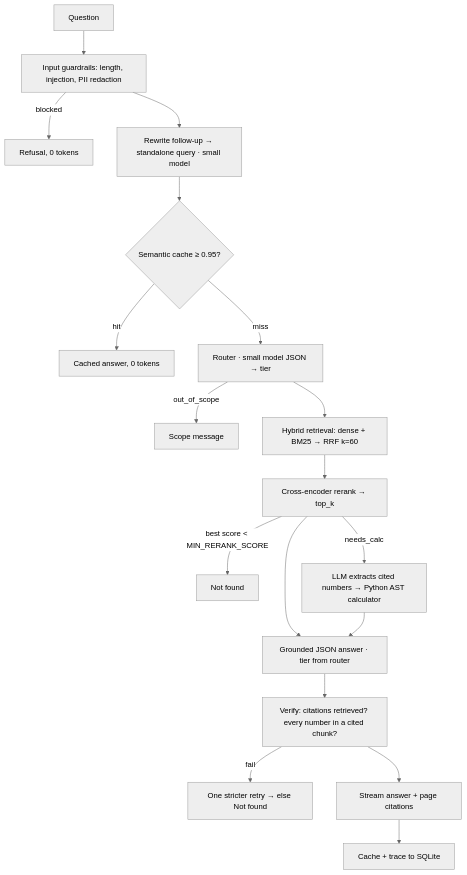
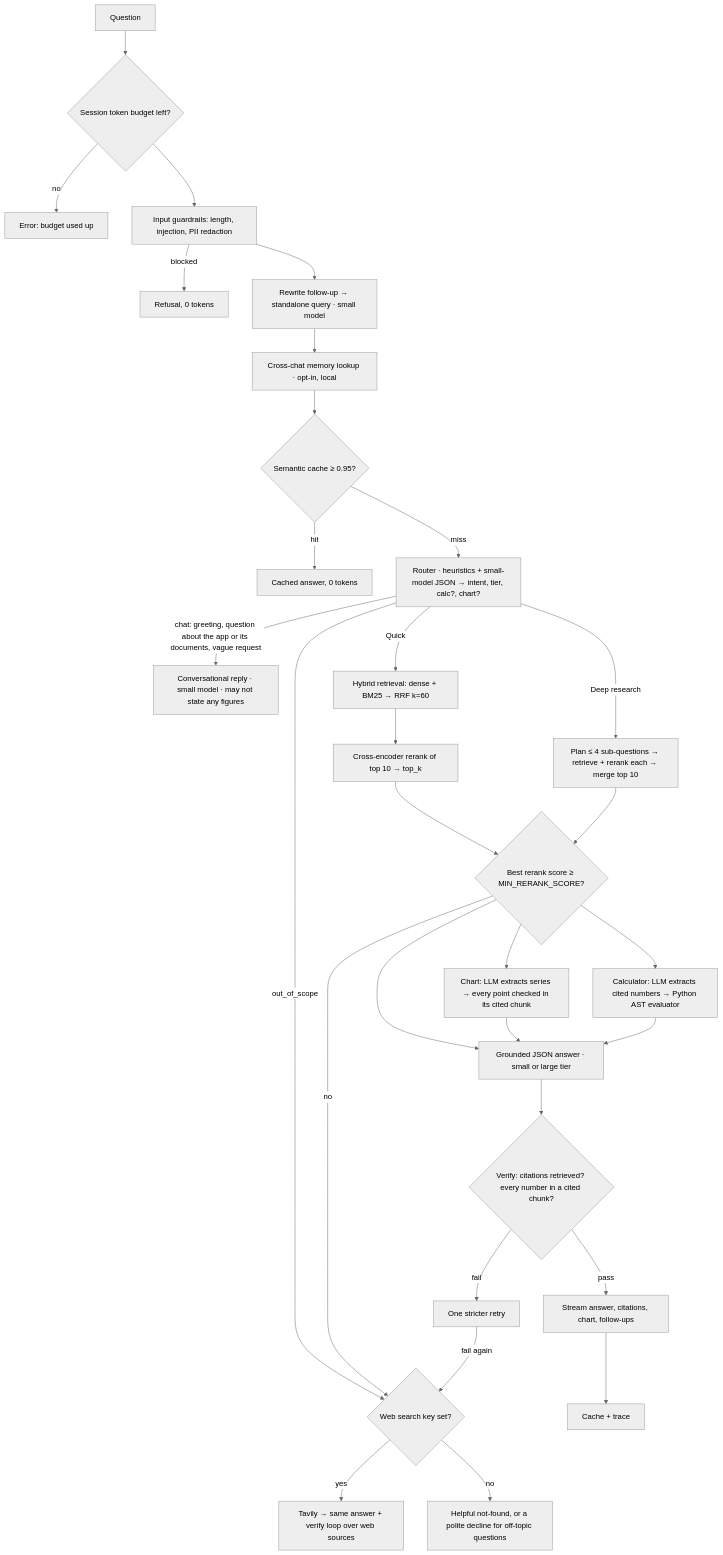
Before and after one commit to faizantanveeer/filinglens-analyst-companion: the diagram in README.md, drawn with Mermaid (neutral theme). The commit also changed other lines of this file and 65 other files, not shown here.

````diff
--- a/README.md
+++ b/README.md
@@ -7,19 +9,31 @@
 ```mermaid
 flowchart TD
-    Q[Question] --> G[Input guardrails: length, injection, PII redaction]
+    Q[Question] --> B{Session token budget left?}
+    B -->|no| E0[Error: budget used up]
+    B --> G[Input guardrails: length, injection, PII redaction]
     G -->|blocked| R0[Refusal, 0 tokens]
     G --> RW[Rewrite follow-up → standalone query · small model]
-    RW --> C{Semantic cache ≥ 0.95?}
+    RW --> M[Cross-chat memory lookup · opt-in, local]
+    M --> C{Semantic cache ≥ 0.95?}
     C -->|hit| OUT[Cached answer, 0 tokens]
-    C -->|miss| RT[Router · small model JSON → tier]
-    RT -->|out_of_scope| R1[Scope message]
-    RT --> RET[Hybrid retrieval: dense + BM25 → RRF k=60]
-    RET --> RR[Cross-encoder rerank → top_k]
-    RR -->|best score < MIN_RERANK_SCORE| AB[Not found]
-    RR -->|needs_calc| CALC[LLM extracts cited numbers → Python AST calculator]
-    RR --> GEN[Grounded JSON answer · tier from router]
+    C -->|miss| RT[Router · heuristics + small-model JSON → intent, tier, calc?, chart?]
+    RT -->|chat: greeting, question about the app or its documents, vague request| CV[Conversational reply · small model · may not state any figures]
+    RT -->|out_of_scope| WEB
+    RT -->|Quick| RET[Hybrid retrieval: dense + BM25 → RRF k=60]
+    RT -->|Deep research| DR[Plan ≤ 4 sub-questions → retrieve + rerank each → merge top 10]
+    RET --> RR[Cross-encoder rerank of top 10 → top_k]
+    RR --> GATE{Best rerank score ≥ MIN_RERANK_SCORE?}
+    DR --> GATE
+    GATE -->|no| WEB
+    GATE --> CH[Chart: LLM extracts series → every point checked in its cited chunk]
+    GATE --> CALC[Calculator: LLM extracts cited numbers → Python AST evaluator]
+    GATE --> GEN
+    CH --> GEN[Grounded JSON answer · small or large tier]
     CALC --> GEN
-    GEN --> V[Verify: citations retrieved? every number in a cited chunk?]
-    V -->|fail| RETRY[One stricter retry → else Not found]
-    V --> OUT2[Stream answer + page citations] --> TR[Cache + trace to SQLite]
+    GEN --> V{Verify: citations retrieved? every number in a cited chunk?}
+    V -->|fail| RETRY[One stricter retry]
+    RETRY -->|fail again| WEB
+    V -->|pass| OUT2[Stream answer, citations, chart, follow-ups] --> TR[Cache + trace]
+    WEB{Web search key set?} -->|yes| W[Tavily → same answer + verify loop over web sources]
+    WEB -->|no| NF[Helpful not-found, or a polite decline for off-topic questions]
 ```
````
